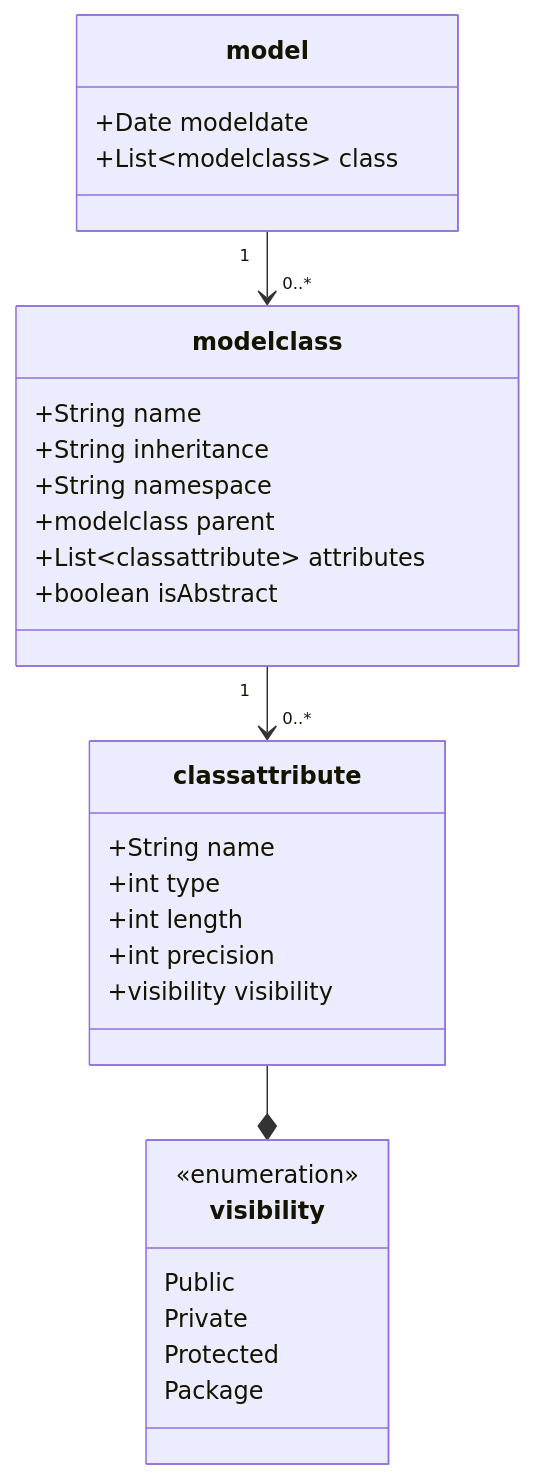
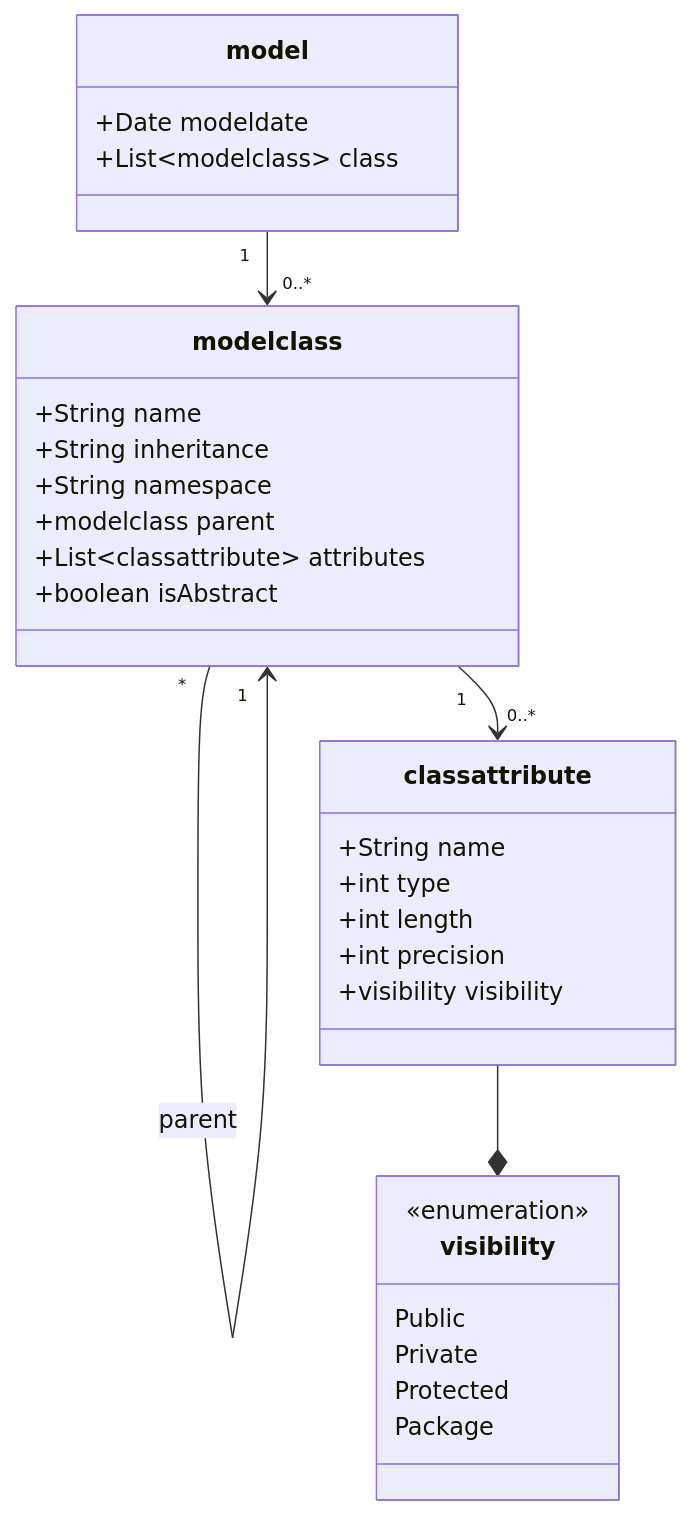
One commit to philrwebb/Generation changed the first of 2 diagrams in readme.md. Above: the diagram before and after it, drawn with Mermaid. The commit also changed other lines of this file and 8 other files, not shown here.

````diff
--- a/readme.md
+++ b/readme.md
@@ -94,32 +95,33 @@
 ```mermaid
 classDiagram
 class modelclass {
     +String name
     +String inheritance
     +String namespace
     +modelclass parent
     +List~classattribute~ attributes
     +boolean isAbstract
 }
 class model {
     +Date modeldate
     +List~modelclass~ class
 }
 class classattribute {
     +String name
     +int type
     +int length
     +int precision
     +visibility visibility
 }
 class visibility {
     <<enumeration>>
     Public
     Private
     Protected
     Package
 }
 model "1" --> "0..*" modelclass
+modelclass "*" --> "1" modelclass: parent
 modelclass "1" --> "0..*" classattribute
 classattribute --* visibility
 ```
````
